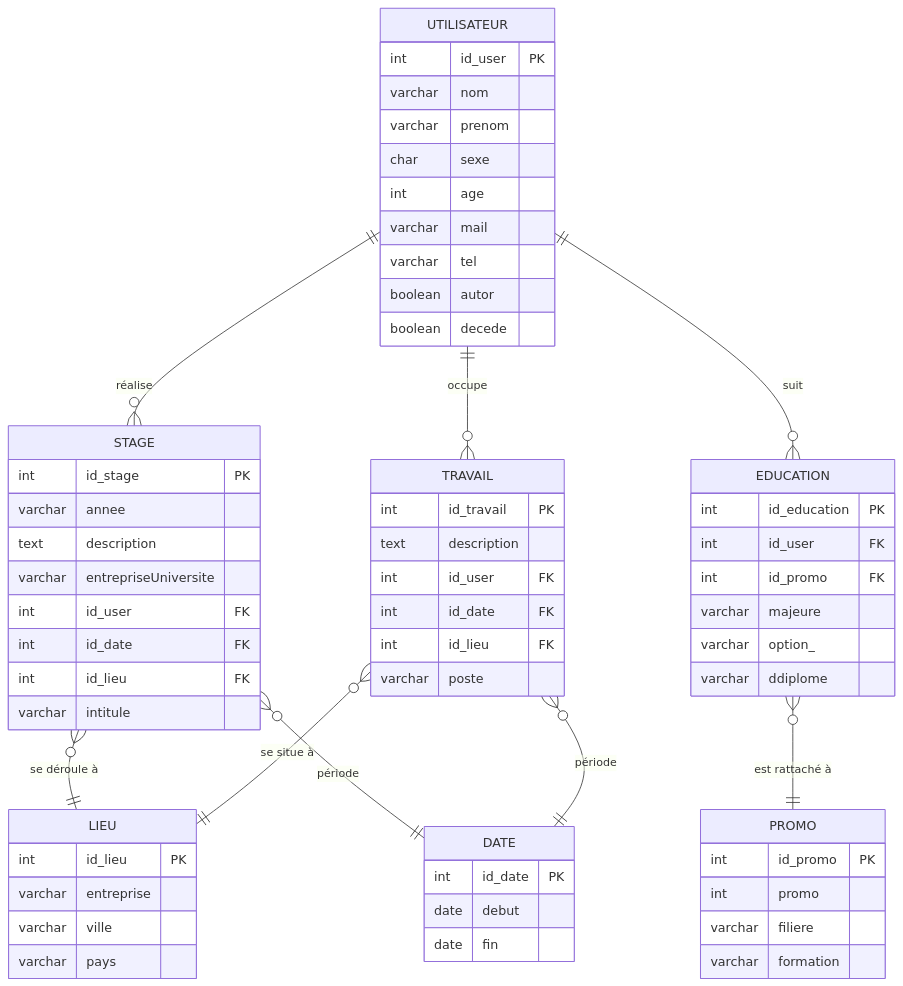
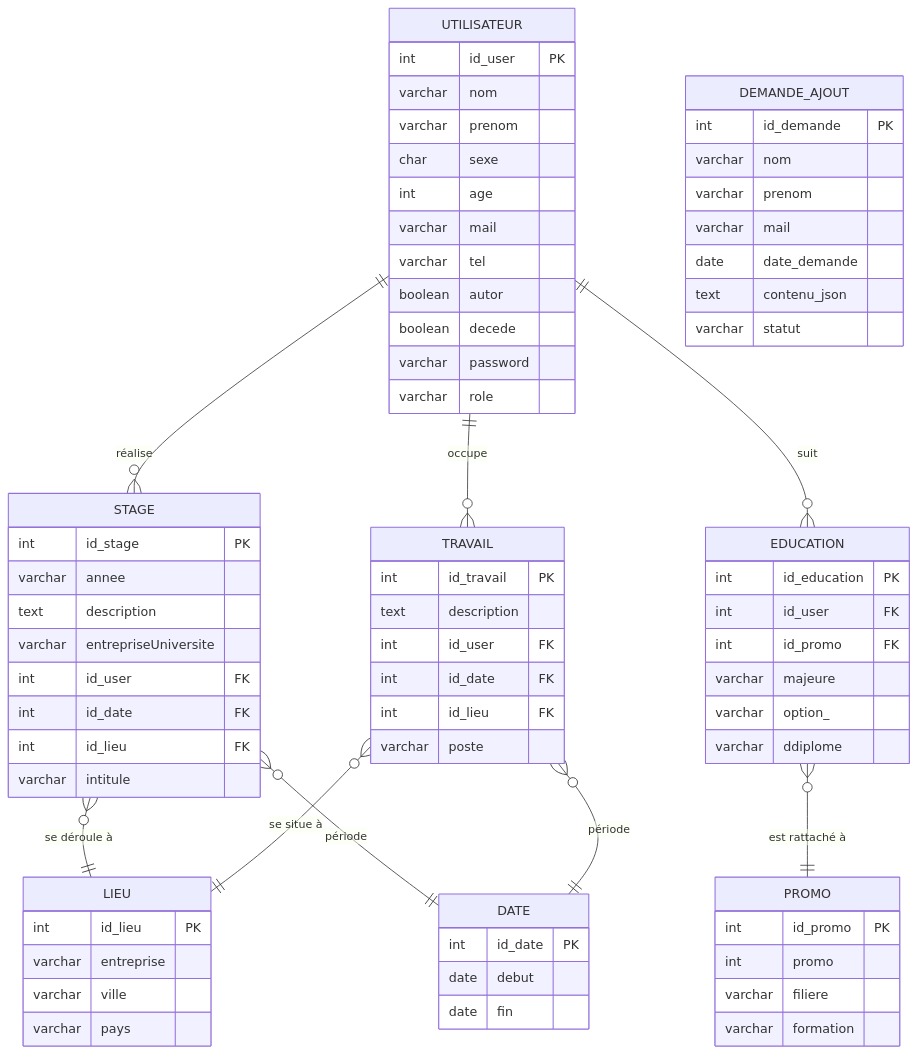
One commit to JorisM28/ensicaentact changed the diagram in flutter_application_1/lib/BDD.md. Above: the diagram before and after it, drawn with Mermaid. The commit also changed other lines of this file, not shown here.

Commit message:
fix (bdd) : ajout de la nouvelle table

````diff
--- a/flutter_application_1/lib/BDD.md
+++ b/flutter_application_1/lib/BDD.md
@@ -63,6 +71,8 @@
         varchar tel
         boolean autor
         boolean decede
+        varchar password
+        varchar role
     }
 
     EDUCATION {
@@ -114,4 +124,14 @@
         date fin
     }
 
+    DEMANDE_AJOUT {
+        int id_demande PK
+        varchar nom
+        varchar prenom
+        varchar mail
+        date date_demande
+        text contenu_json
+        varchar statut
+    }
+
 ```
````
